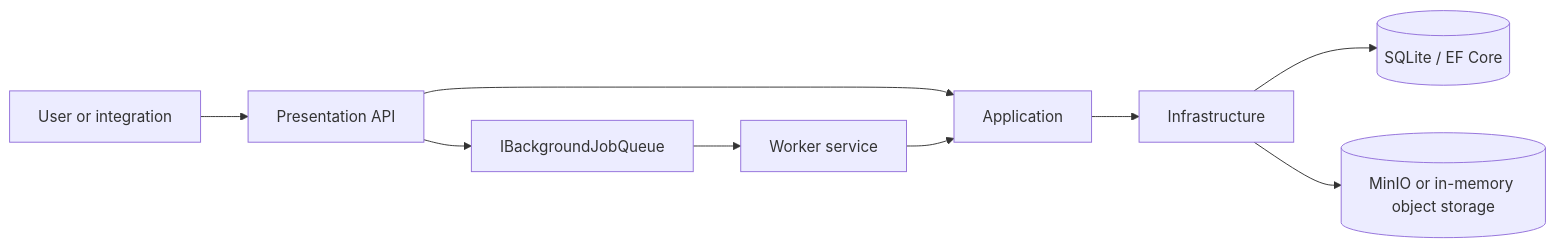
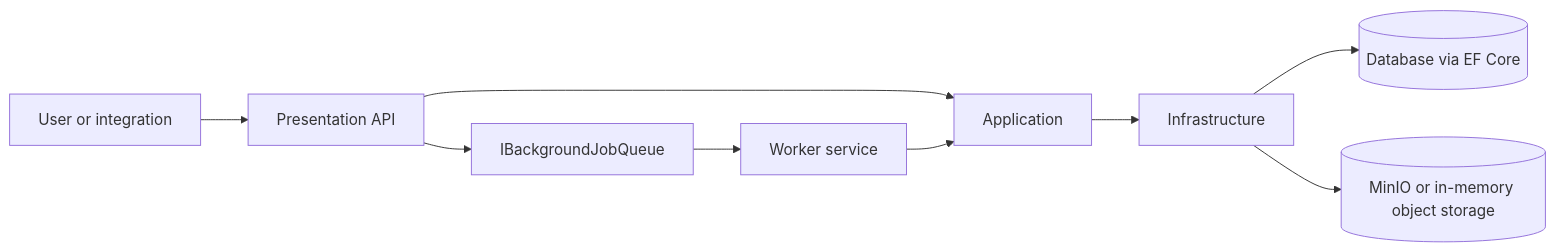
One commit to cbinput/UtilityMeter changed the first of 5 diagrams in docs/en/architecture.md. Above: the diagram before and after it, drawn with Mermaid. The commit also changed other lines of this file and 2 other files, not shown here.

Commit message:
docs: align persistence wording

````diff
--- a/docs/en/architecture.md
+++ b/docs/en/architecture.md
@@ -14,11 +14,11 @@
 ```mermaid
 flowchart LR
     Client[User or integration] --> API[Presentation API]
     API --> App[Application]
     App --> Infra[Infrastructure]
-    Infra --> Db[(SQLite / EF Core)]
+    Infra --> Db[(Database via EF Core)]
     Infra --> Storage[(MinIO or in-memory object storage)]
     API --> Queue[IBackgroundJobQueue]
     Queue --> Worker[Worker service]
     Worker --> App
 ```
````
